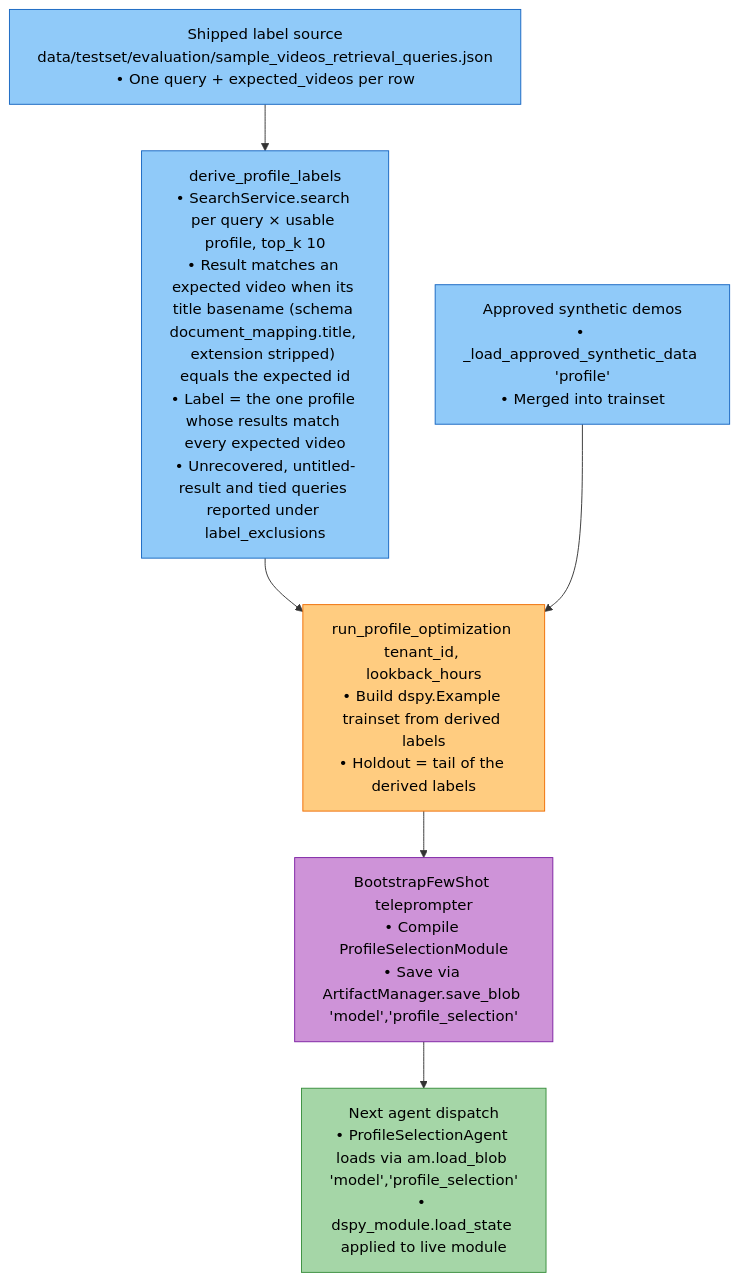
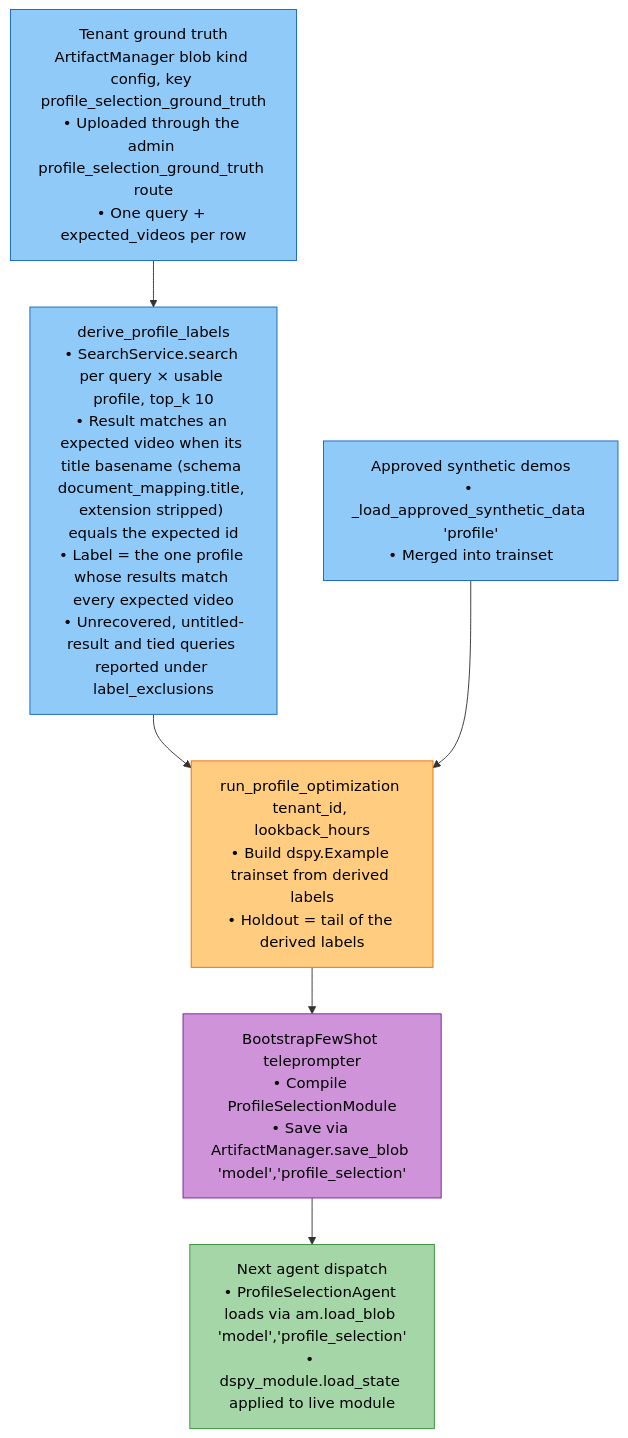
The third of 4 diagrams in docs/modules/optimization.md (amit-jain/cogniverse), drawn with Mermaid before and after one commit. The commit also changed 4 other files, not shown here.

````diff
--- a/docs/modules/optimization.md
+++ b/docs/modules/optimization.md
@@ -200,21 +200,21 @@
 ```mermaid
 flowchart TB
-    Source["<span style='color:#000'>Shipped label source<br/>data/testset/evaluation/sample_videos_retrieval_queries.json<br/>• One query + expected_videos per row</span>"]
+    Source["<span style='color:#000'>Tenant ground truth<br/>ArtifactManager blob kind config, key profile_selection_ground_truth<br/>• Uploaded through the admin profile_selection_ground_truth route<br/>• One query + expected_videos per row</span>"]
 
     Source --> Derive["<span style='color:#000'>derive_profile_labels<br/>• SearchService.search per query × usable profile, top_k 10<br/>• Result matches an expected video when its title basename (schema document_mapping.title, extension stripped) equals the expected id<br/>• Label = the one profile whose results match every expected video<br/>• Unrecovered, untitled-result and tied queries reported under label_exclusions</span>"]
 
     Derive --> RunOpt["<span style='color:#000'>run_profile_optimization tenant_id, lookback_hours<br/>• Build dspy.Example trainset from derived labels<br/>• Holdout = tail of the derived labels</span>"]
 
     Synthetic["<span style='color:#000'>Approved synthetic demos<br/>• _load_approved_synthetic_data 'profile'<br/>• Merged into trainset</span>"] --> RunOpt
 
     RunOpt --> Compile["<span style='color:#000'>BootstrapFewShot teleprompter<br/>• Compile ProfileSelectionModule<br/>• Save via ArtifactManager.save_blob 'model','profile_selection'</span>"]
 
     Compile --> Reload["<span style='color:#000'>Next agent dispatch<br/>• ProfileSelectionAgent loads via am.load_blob 'model','profile_selection'<br/>• dspy_module.load_state applied to live module</span>"]
 
     style Source fill:#90caf9,stroke:#1565c0,color:#000
     style Derive fill:#90caf9,stroke:#1565c0,color:#000
     style Synthetic fill:#90caf9,stroke:#1565c0,color:#000
     style RunOpt fill:#ffcc80,stroke:#ef6c00,color:#000
     style Compile fill:#ce93d8,stroke:#7b1fa2,color:#000
     style Reload fill:#a5d6a7,stroke:#388e3c,color:#000
 ```
````
